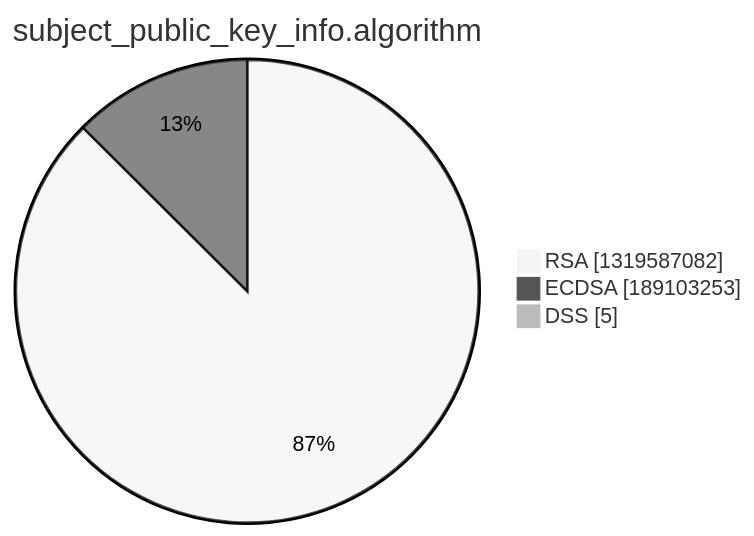
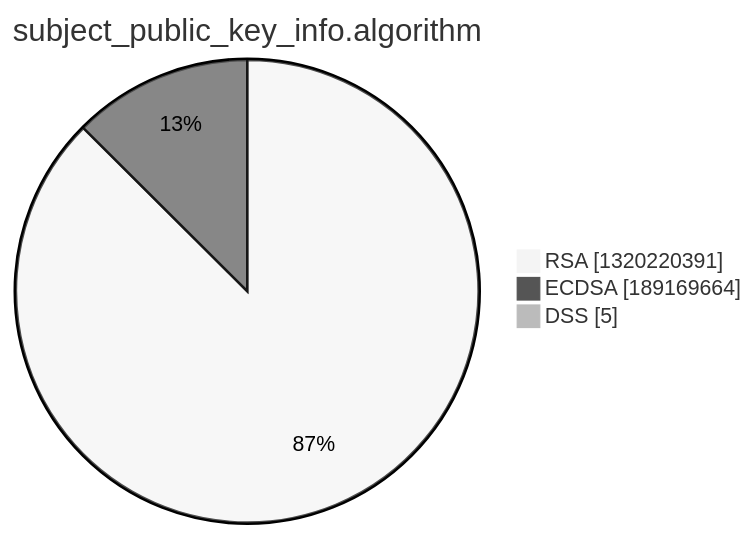
Before and after one commit to christiankrug/ctmonitor_visualization: the third of 15 diagrams in xenon2022/README.md, drawn with Mermaid (neutral theme). The commit also changed other lines of this file, not shown here.

````diff
--- a/xenon2022/README.md
+++ b/xenon2022/README.md
@@ -14,7 +14,7 @@
 ```mermaid
 pie showData
 title subject_public_key_info.algorithm
-"RSA" :1319587082
-"ECDSA" :189103253
+"RSA" :1320220391
+"ECDSA" :189169664
 "DSS" :5
 ```
````
